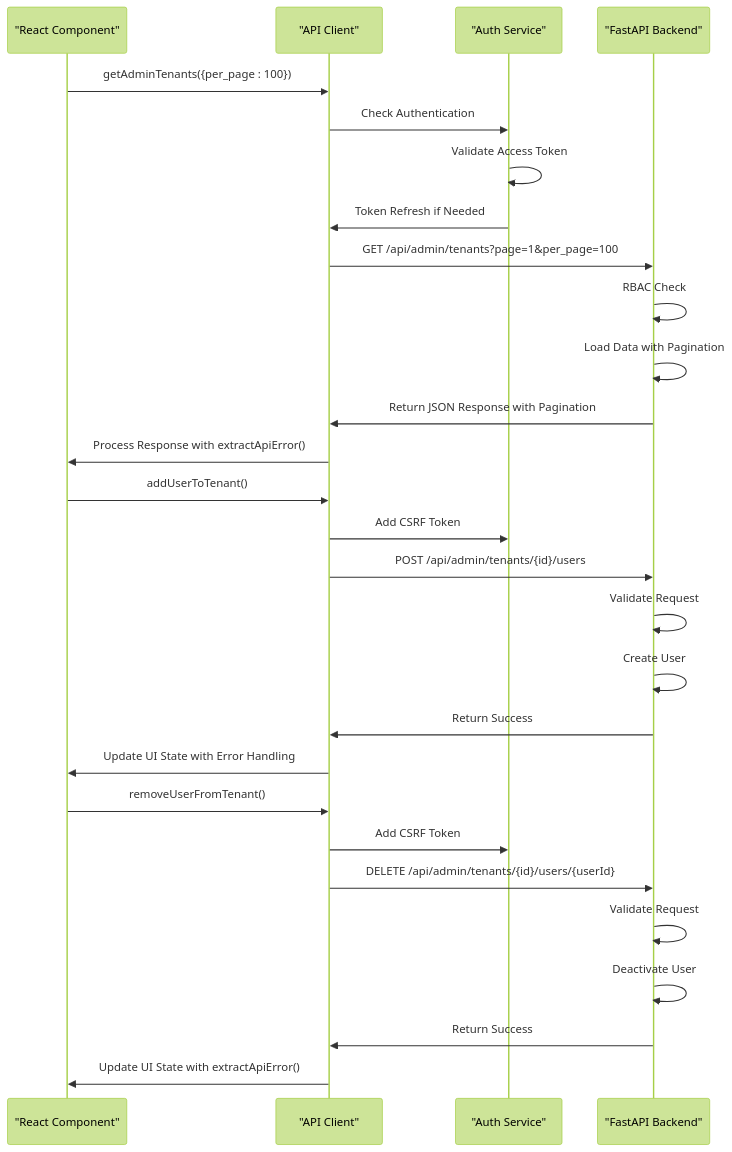
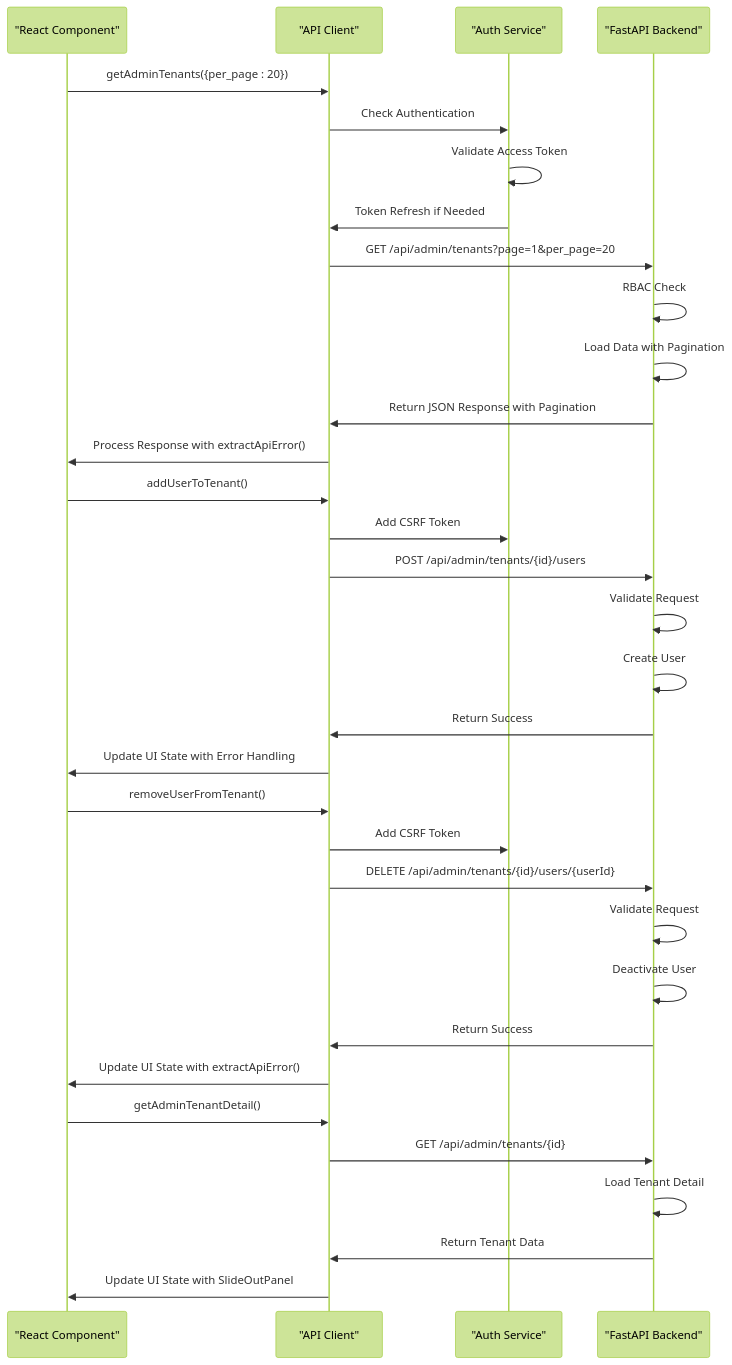
Before and after one commit to Revanththetalogics/aireume: diagram 26 of 27 in .qoder/repowiki/en/content/Frontend Architecture/User Management.md, drawn with Mermaid (forest theme). The commit also changed other lines of this file and 7 other files, not shown here.

````diff
--- a/.qoder/repowiki/en/content/Frontend Architecture/User Management.md
+++ b/.qoder/repowiki/en/content/Frontend Architecture/User Management.md
@@ -856,30 +1077,35 @@
 ```mermaid
 sequenceDiagram
 participant UI as "React Component"
 participant API as "API Client"
 participant Auth as "Auth Service"
 participant Backend as "FastAPI Backend"
-UI->>API : getAdminTenants({per_page : 100})
+UI->>API : getAdminTenants({per_page : 20})
 API->>Auth : Check Authentication
 Auth->>Auth : Validate Access Token
 Auth->>API : Token Refresh if Needed
-API->>Backend : GET /api/admin/tenants?page=1&per_page=100
+API->>Backend : GET /api/admin/tenants?page=1&per_page=20
 Backend->>Backend : RBAC Check
 Backend->>Backend : Load Data with Pagination
 Backend->>API : Return JSON Response with Pagination
 API->>UI : Process Response with extractApiError()
 UI->>API : addUserToTenant()
 API->>Auth : Add CSRF Token
 API->>Backend : POST /api/admin/tenants/{id}/users
 Backend->>Backend : Validate Request
 Backend->>Backend : Create User
 Backend->>API : Return Success
 API->>UI : Update UI State with Error Handling
 UI->>API : removeUserFromTenant()
 API->>Auth : Add CSRF Token
 API->>Backend : DELETE /api/admin/tenants/{id}/users/{userId}
 Backend->>Backend : Validate Request
 Backend->>Backend : Deactivate User
 Backend->>API : Return Success
 API->>UI : Update UI State with extractApiError()
+UI->>API : getAdminTenantDetail()
+API->>Backend : GET /api/admin/tenants/{id}
+Backend->>Backend : Load Tenant Detail
+Backend->>API : Return Tenant Data
+API->>UI : Update UI State with SlideOutPanel
 ```
````
